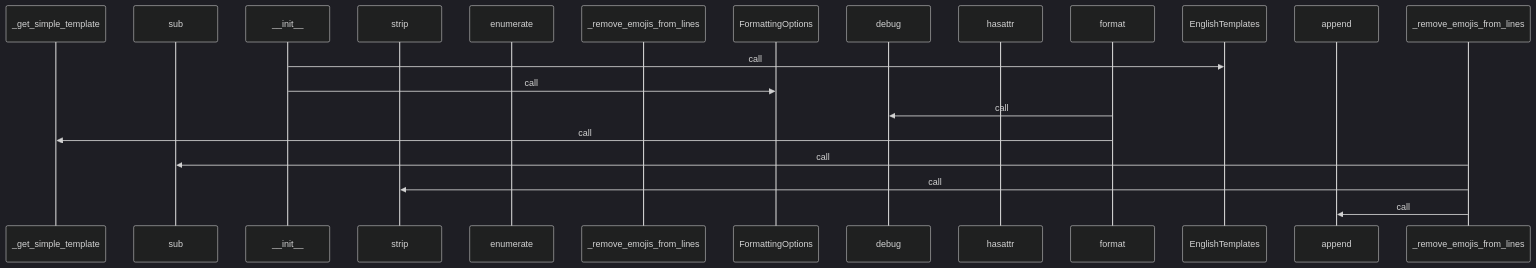
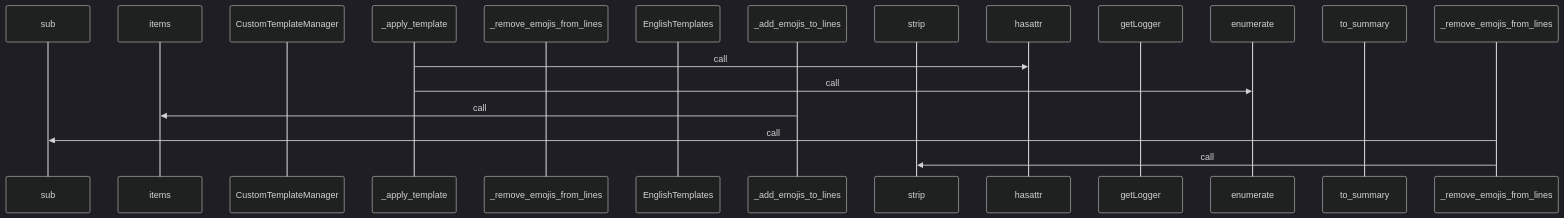
Before and after one commit to yeonjae-personal/codemuse-backend: the third of 4 diagrams in generated_docs/rule_analyzer/formatters/text_formatter.md, drawn with Mermaid (dark theme). The commit also changed other lines of this file and 3991 other files, not shown here.

First line of the commit message:
feat: 워크플로우 개선 및 핵심 문서 자동 생성 구현

````diff
--- a/generated_docs/rule_analyzer/formatters/text_formatter.md
+++ b/generated_docs/rule_analyzer/formatters/text_formatter.md
@@ -149,22 +149,20 @@
 ```mermaid
 sequenceDiagram
-  participant _get_simple_template as _get_simple_template
   participant sub as sub
-  participant __init__ as __init__
+  participant items as items
+  participant CustomTemplateManager as CustomTemplateManager
+  participant _apply_template as _apply_template
+  participant _remove_emojis_from_line as _remove_emojis_from_lines
+  participant EnglishTemplates as EnglishTemplates
+  participant _add_emojis_to_lines as _add_emojis_to_lines
   participant strip as strip
+  participant hasattr as hasattr
+  participant getLogger as getLogger
   participant enumerate as enumerate
-  participant _remove_emojis_from_line as _remove_emojis_from_lines
-  participant FormattingOptions as FormattingOptions
-  participant debug as debug
-  participant hasattr as hasattr
-  participant format as format
-  participant EnglishTemplates as EnglishTemplates
-  participant append as append
-  __init__->>EnglishTemplates: call
-  __init__->>FormattingOptions: call
-  format->>debug: call
-  format->>_get_simple_template: call
+  participant to_summary as to_summary
+  _apply_template->>hasattr: call
+  _apply_template->>enumerate: call
+  _add_emojis_to_lines->>items: call
   _remove_emojis_from_lines->>sub: call
   _remove_emojis_from_lines->>strip: call
-  _remove_emojis_from_lines->>append: call
 ```
````
